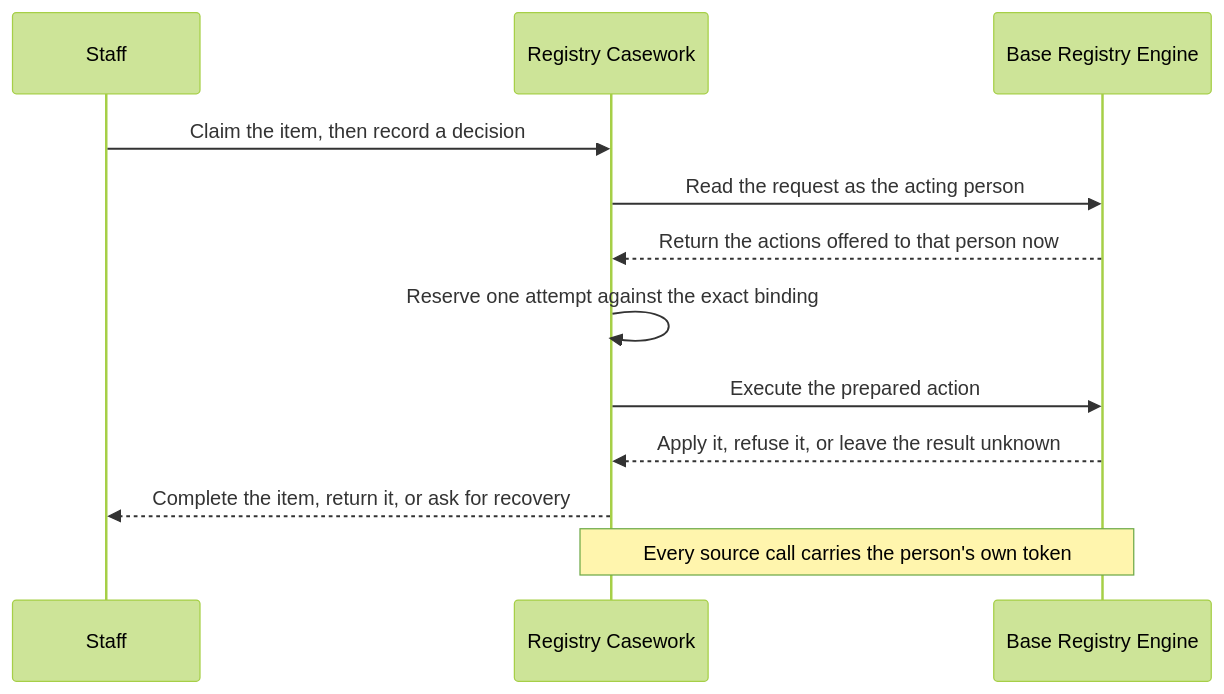
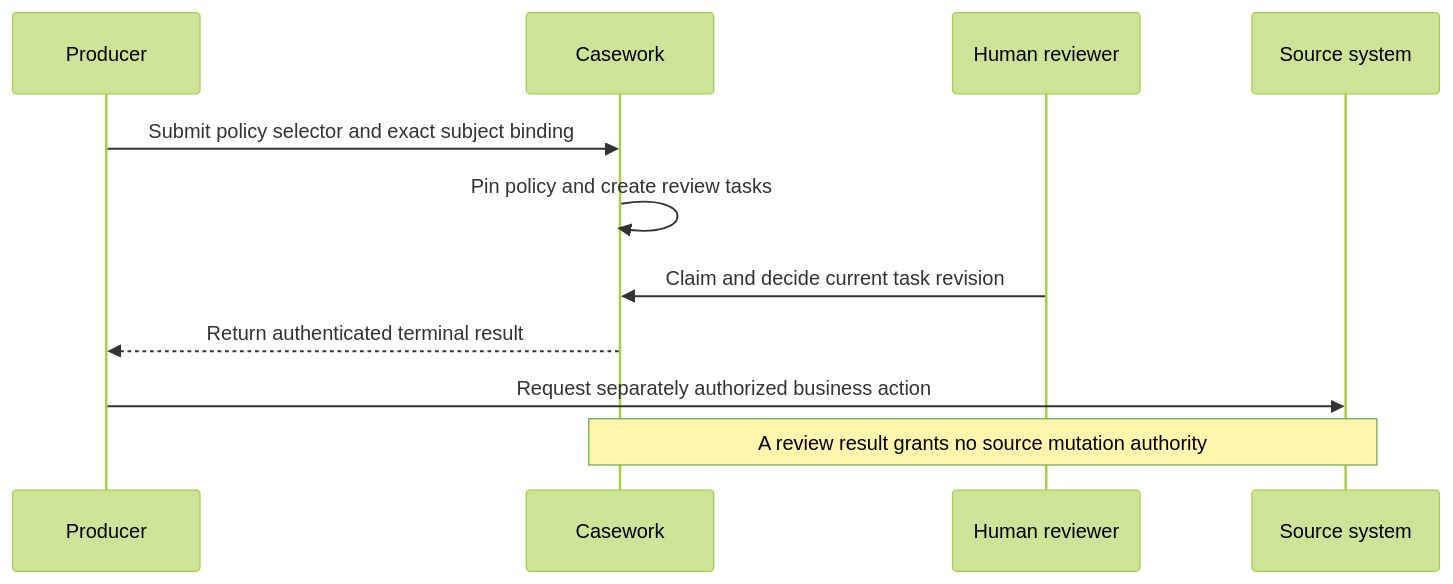
Before and after one commit to registrystack/registry-stack: the diagram in docs/site/src/content/docs/explanation/how-casework-works.mdx, drawn with Mermaid (forest theme). The commit also changed other lines of this file and 2268 other files, not shown here.

````diff
--- a/docs/site/src/content/docs/explanation/how-casework-works.mdx
+++ b/docs/site/src/content/docs/explanation/how-casework-works.mdx
@@ -129,15 +40,13 @@
 ```mermaid
 sequenceDiagram
-    participant S as Staff
-    participant C as Registry Casework
-    participant R as Base Registry Engine
-
-    S->>C: Claim the item, then record a decision
-    C->>R: Read the request as the acting person
-    R-->>C: Return the actions offered to that person now
-    C->>C: Reserve one attempt against the exact binding
-    C->>R: Execute the prepared action
-    R-->>C: Apply it, refuse it, or leave the result unknown
-    C-->>S: Complete the item, return it, or ask for recovery
-    Note over C,R: Every source call carries the person's own token
+    participant P as Producer
+    participant C as Casework
+    participant H as Human reviewer
+    participant S as Source system
+    P->>C: Submit policy selector and exact subject binding
+    C->>C: Pin policy and create review tasks
+    H->>C: Claim and decide current task revision
+    C-->>P: Return authenticated terminal result
+    P->>S: Request separately authorized business action
+    Note over C,S: A review result grants no source mutation authority
 ```
````
